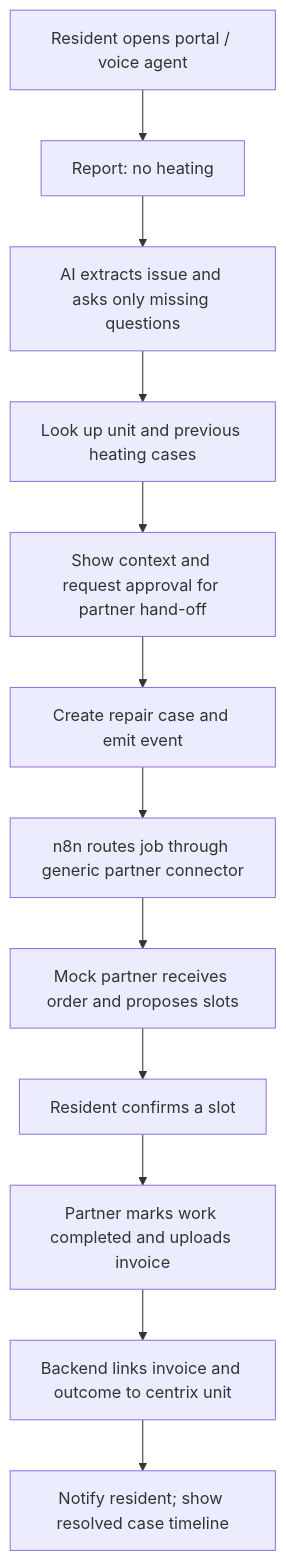
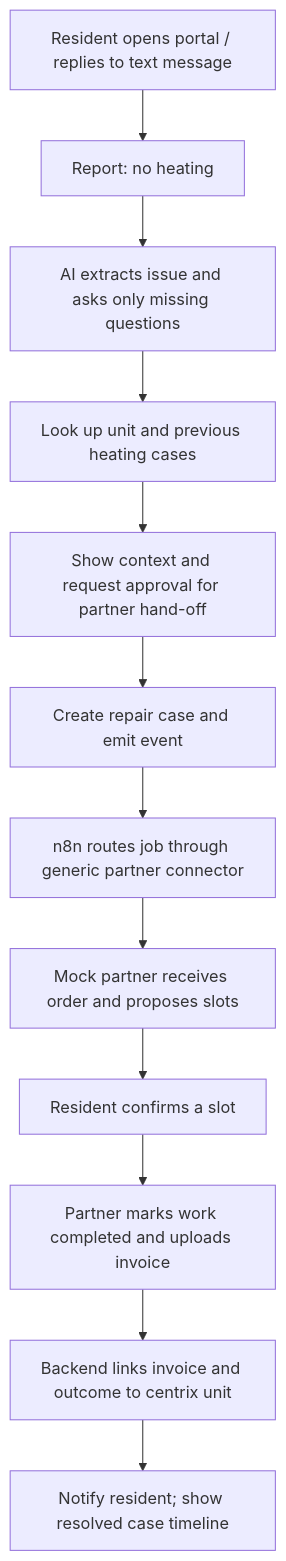
One commit to FullOfHell/hackathonMAIN changed the diagram in Docs/Reltix_Hackathon_Project_Plan.md. Above: the diagram before and after it, drawn with Mermaid. The commit also changed other lines of this file and 7 other files, not shown here.

````diff
--- a/Docs/Reltix_Hackathon_Project_Plan.md
+++ b/Docs/Reltix_Hackathon_Project_Plan.md
@@ -102,14 +102,14 @@
 ```mermaid
 flowchart TD
-    A[Resident opens portal / voice agent] --> B[Report: no heating]
+    A[Resident opens portal / replies to text message] --> B[Report: no heating]
     B --> C[AI extracts issue and asks only missing questions]
     C --> D[Look up unit and previous heating cases]
     D --> E[Show context and request approval for partner hand-off]
     E --> F[Create repair case and emit event]
     F --> G[n8n routes job through generic partner connector]
     G --> H[Mock partner receives order and proposes slots]
     H --> I[Resident confirms a slot]
     I --> J[Partner marks work completed and uploads invoice]
     J --> K[Backend links invoice and outcome to centrix unit]
     K --> L[Notify resident; show resolved case timeline]
 ```
````
